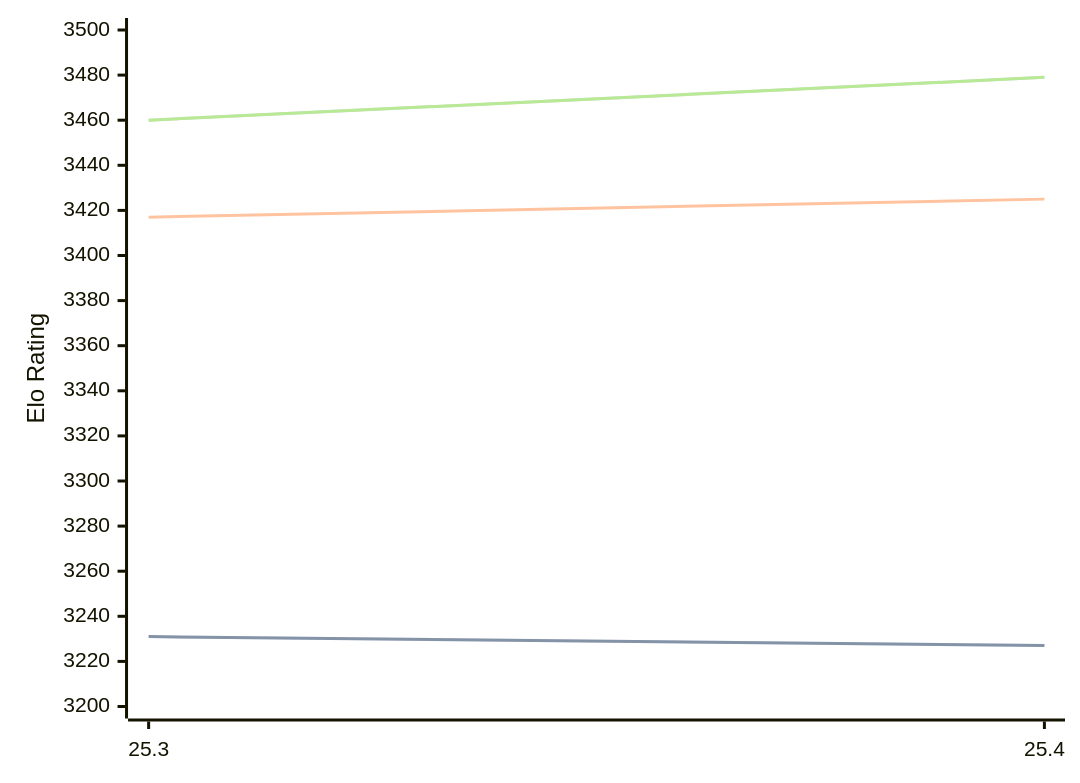
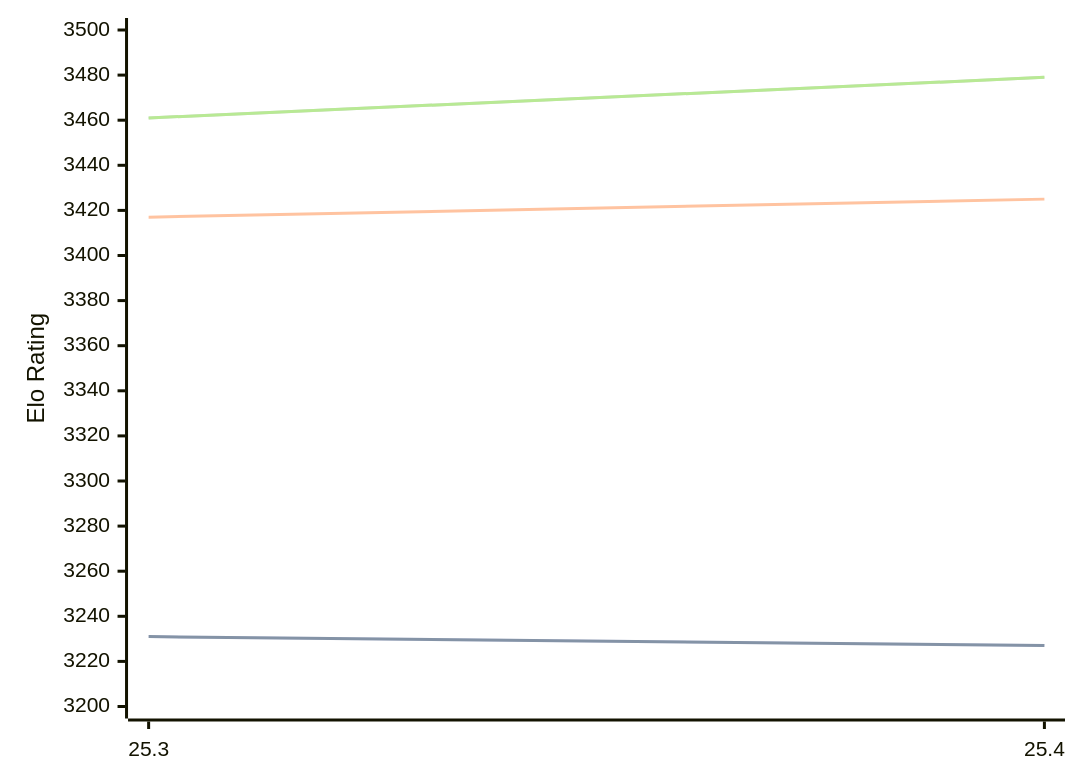
The first of 3 diagrams in engines/Arasan.md (computer-chess-index/cci), drawn with Mermaid before and after one commit. The commit also changed other lines of this file, not shown here.

Commit message:
Update CCI Ratings (ELO VLTC) - 2026-07-04

````diff
--- a/engines/Arasan.md
+++ b/engines/Arasan.md
@@ -33,11 +33,11 @@
 ```mermaid
 %%{init: {"theme":"base","themeVariables":{"seriesColors:['#a3a3a3','#222221','#faa371']}}}%%
 xychart-beta
   x-axis ["25.3", "25.4"]
   y-axis "Elo Rating" 3200 --> 3500
   line "STC (8.0+0.08s)" [3231, 3227]
   line "STC (8.0+0.08s)" [3231, 3227]
   line "LTC (60.0+0.60s)" [3417, 3425]
-  line "VLTC (2m24s+1.12s)" [3460, 3479]
-  line "VLTC (2m24s+1.12s)" [3460, 3479]
+  line "VLTC (2m24s+1.12s)" [3461, 3479]
+  line "VLTC (2m24s+1.12s)" [3461, 3479]
 ```
````
